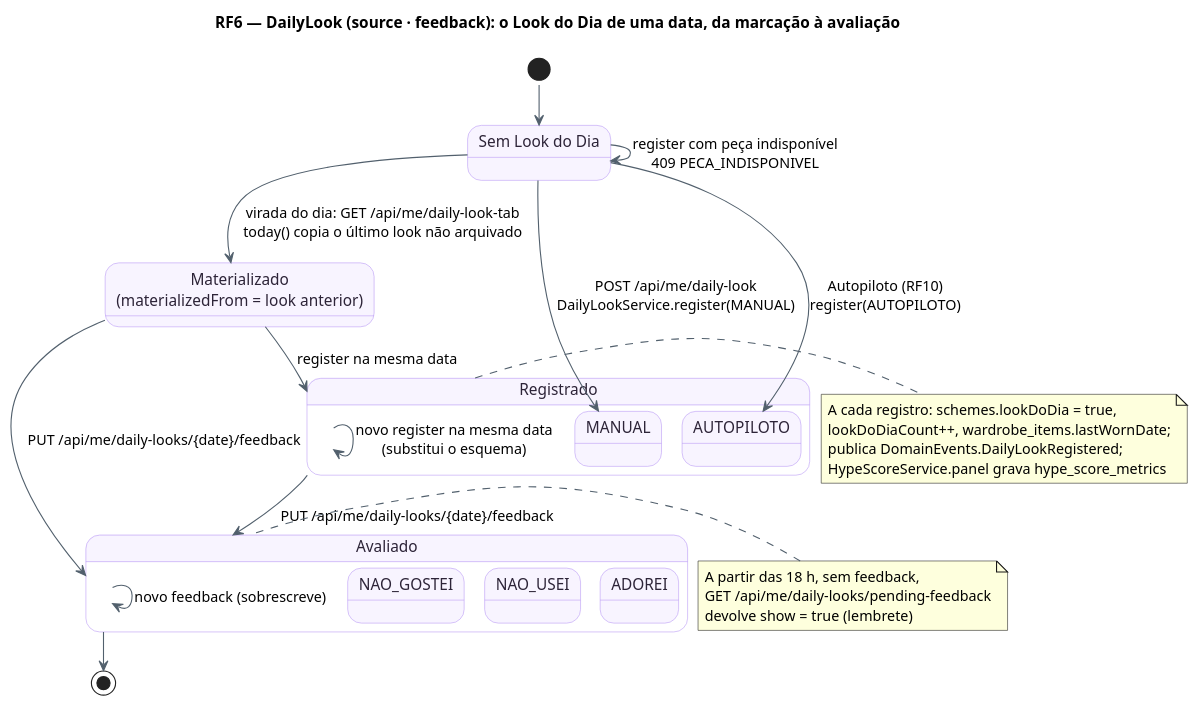
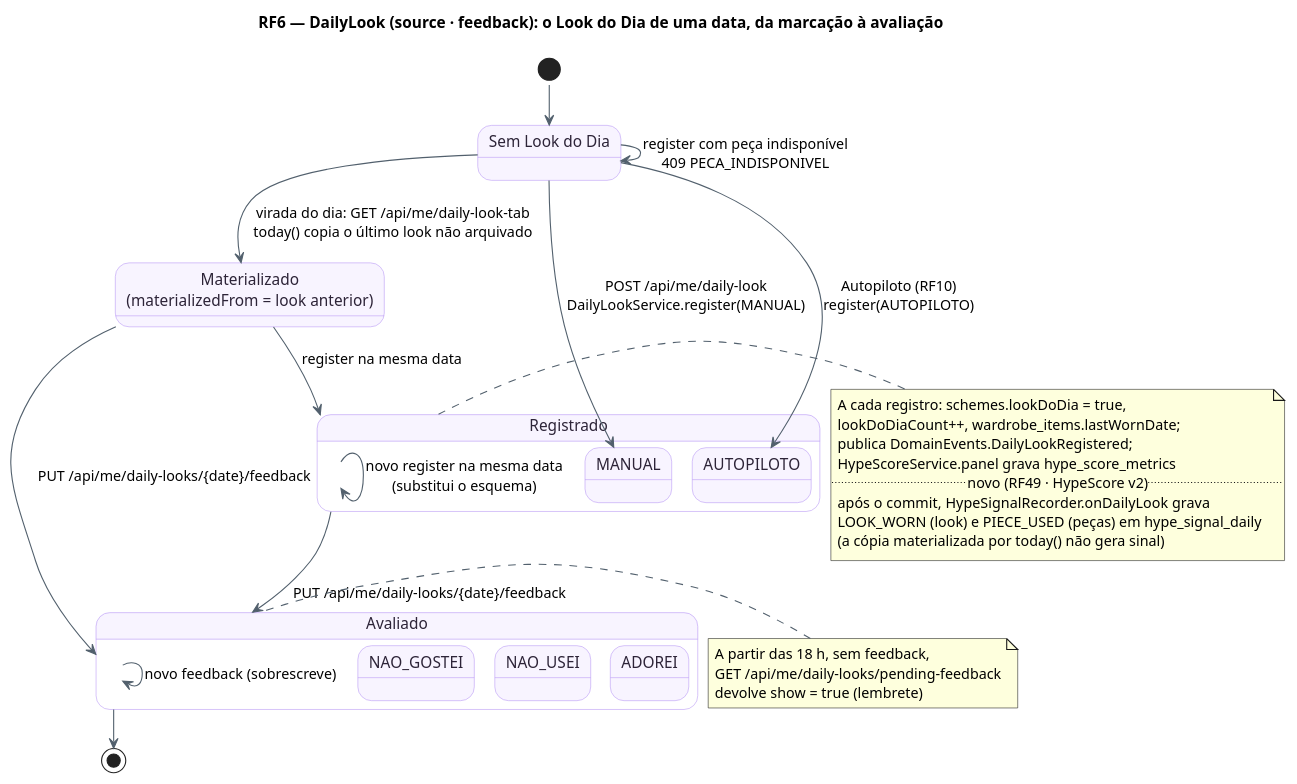
Before and after one commit to MatheusHaliski/tcc-2026-fashion-ai-backend: the diagram in docs/diagramas/RF6/RF6-maquinadeestados-lookdodia.puml, drawn with PlantUML. The commit also changed 27 other files, not shown here.

First line of the commit message:
Diagramas RF6, RF31 e RF42 atualizados com o HypeScore v2 (RF49)

```diff
--- a/docs/diagramas/RF6/RF6-maquinadeestados-lookdodia.puml
+++ b/docs/diagramas/RF6/RF6-maquinadeestados-lookdodia.puml
@@ -1,46 +1,50 @@
 @startuml RF6_MaquinaDeEstados_LookDoDia
 !pragma layout smetana
 title RF6 — DailyLook (source · feedback): o Look do Dia de uma data, da marcação à avaliação
 skinparam backgroundColor #FFFFFF
 skinparam state {
   BackgroundColor #F8F4FF
   BorderColor #B695F5
   FontColor #2D2438
   ArrowColor #52606D
 }
 state "Sem Look do Dia" as Vazio
 state "Registrado" as Reg {
   state "MANUAL" as Manual
   state "AUTOPILOTO" as Auto
 }
 state "Materializado\n(materializedFrom = look anterior)" as Mat
 state "Avaliado" as Aval {
   state "ADOREI" as Adorei
   state "NAO_USEI" as NaoUsei
   state "NAO_GOSTEI" as NaoGostei
 }
 
 [*] --> Vazio
 Vazio --> Manual : POST /api/me/daily-look\nDailyLookService.register(MANUAL)
 Vazio --> Auto : Autopiloto (RF10)\nregister(AUTOPILOTO)
 Vazio --> Mat : virada do dia: GET /api/me/daily-look-tab\ntoday() copia o último look não arquivado
 Vazio --> Vazio : register com peça indisponível\n409 PECA_INDISPONIVEL
 Reg --> Reg : novo register na mesma data\n(substitui o esquema)
 Mat --> Reg : register na mesma data
 Reg --> Aval : PUT /api/me/daily-looks/{date}/feedback
 Mat --> Aval : PUT /api/me/daily-looks/{date}/feedback
 Aval --> Aval : novo feedback (sobrescreve)
 Aval --> [*]
 
 note right of Reg
   A cada registro: schemes.lookDoDia = true,
   lookDoDiaCount++, wardrobe_items.lastWornDate;
   publica DomainEvents.DailyLookRegistered;
   HypeScoreService.panel grava hype_score_metrics
+  ..novo (RF49 · HypeScore v2)..
+  após o commit, HypeSignalRecorder.onDailyLook grava
+  LOOK_WORN (look) e PIECE_USED (peças) em hype_signal_daily
+  (a cópia materializada por today() não gera sinal)
 end note
 note left of Aval
   A partir das 18 h, sem feedback,
   GET /api/me/daily-looks/pending-feedback
   devolve show = true (lembrete)
 end note
 @enduml
```
